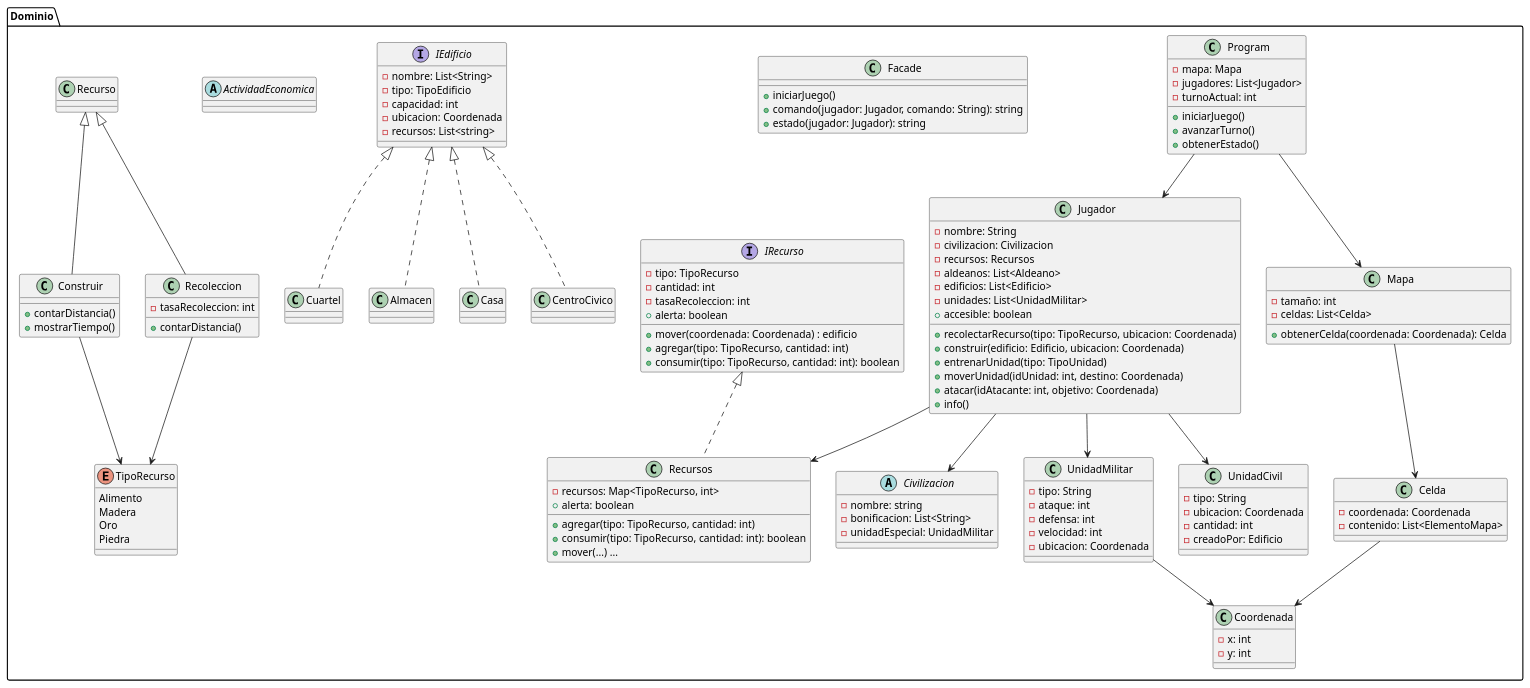
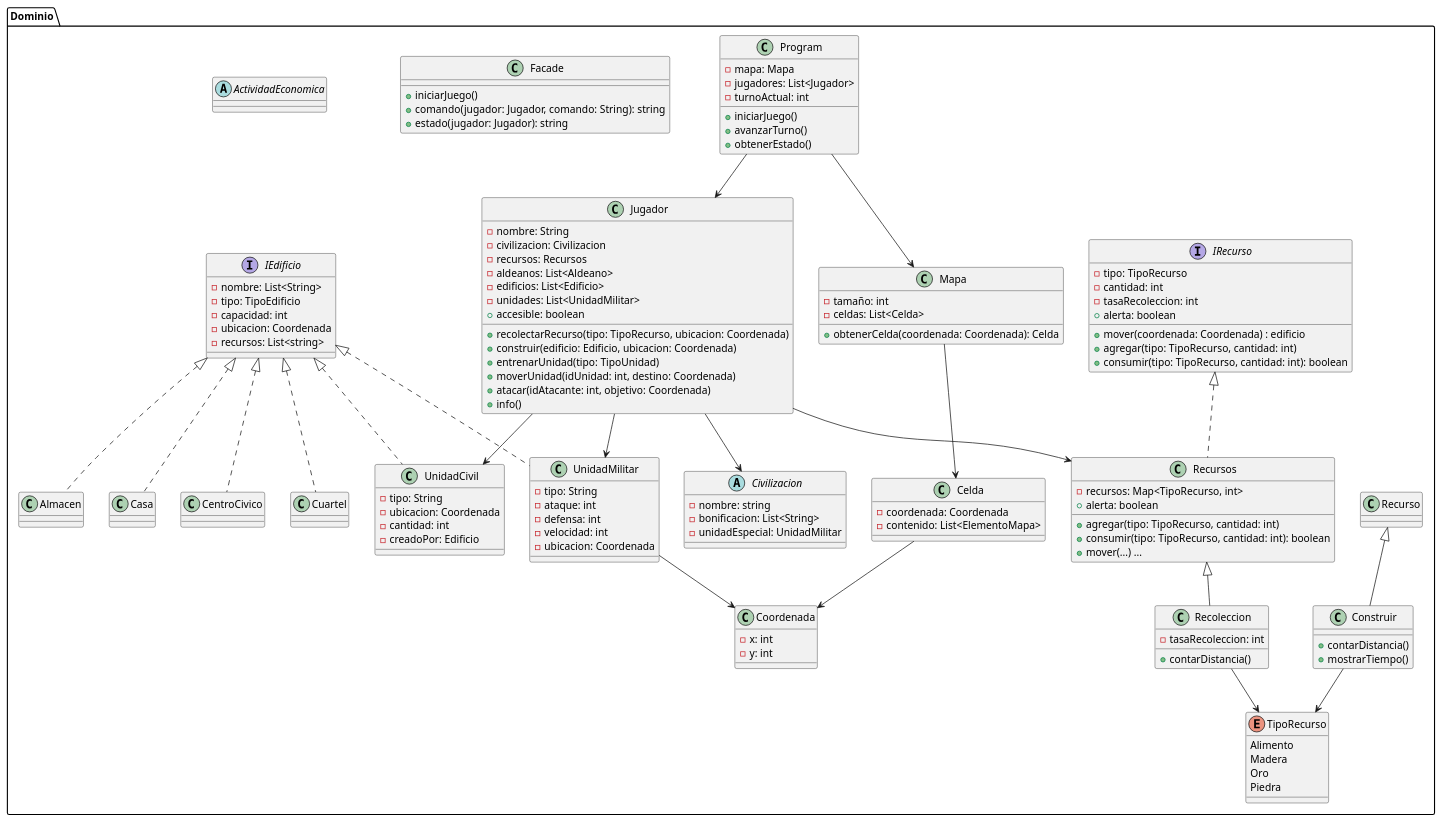
One commit to mcaetano7/proyectop22025 changed the diagram in src/scratch.puml. Above: the diagram before and after it, drawn with PlantUML.

Commit message:
mejoras uml

```diff
--- a/src/scratch.puml
+++ b/src/scratch.puml
@@ -1,153 +1,153 @@
 @startuml PIIProyecto2025
 
 ' Paquete principal
 package "Dominio" {
     
     class Program {
         - mapa: Mapa
         - jugadores: List<Jugador>
         - turnoActual: int
         + iniciarJuego()
         + avanzarTurno()
         + obtenerEstado()
     }
     
-    class Facade{
+    class Facade {
     + iniciarJuego()
     + comando(jugador: Jugador, comando: String): string
     + estado(jugador: Jugador): string
     }
 
     class Jugador{
         - nombre: String
         - civilizacion: Civilizacion
         - recursos: Recursos
         - aldeanos: List<Aldeano>
         - edificios: List<Edificio>
         - unidades: List<UnidadMilitar>
         + recolectarRecurso(tipo: TipoRecurso, ubicacion: Coordenada)
         + construir(edificio: Edificio, ubicacion: Coordenada)
         + entrenarUnidad(tipo: TipoUnidad)
         + moverUnidad(idUnidad: int, destino: Coordenada)
         + atacar(idAtacante: int, objetivo: Coordenada)
         + accesible: boolean
         + info()
     }
 
     class Mapa {
         - tamaño: int
         - celdas: List<Celda>
         + obtenerCelda(coordenada: Coordenada): Celda
     }
 
     class Celda{
         - coordenada: Coordenada
         - contenido: List<ElementoMapa>
     }
 
     class Coordenada {
         - x: int
         - y: int
     }
 
     interface IRecurso {
         - tipo: TipoRecurso
         - cantidad: int
         - tasaRecoleccion: int
         + mover(coordenada: Coordenada) : edificio
         + agregar(tipo: TipoRecurso, cantidad: int)
         + consumir(tipo: TipoRecurso, cantidad: int): boolean
         + alerta: boolean 
         
     }
 
     enum TipoRecurso {
         Alimento
         Madera
         Oro 
         Piedra
     }
     
     abstract class Civilizacion{
         - nombre: string
         - bonificacion: List<String>
         - unidadEspecial: UnidadMilitar
     
     }
     
     interface IEdificio {
         - nombre: List<String>
         - tipo: TipoEdificio
         - capacidad: int
         - ubicacion: Coordenada
         - recursos: List<string>
     }
     
-    class UnidadMilitar {
+    class UnidadMilitar implements IEdificio{
         - tipo: String
         - ataque: int
         - defensa: int
         - velocidad: int
         - ubicacion: Coordenada
     }
     
     class Cuartel implements IEdificio{
     
     }
     
     class Almacen implements IEdificio{
     
     }
     
     class Casa implements IEdificio{
     }
     
     class CentroCivico implements IEdificio{
     
     }
 
     
-    class UnidadCivil {
+    class UnidadCivil implements IEdificio {
         - tipo: String
         - ubicacion: Coordenada
         - cantidad: int
         - creadoPor: Edificio
     
     }
     
     class Recursos implements IRecurso {
         - recursos: Map<TipoRecurso, int>
         + agregar(tipo: TipoRecurso, cantidad: int)
         + consumir(tipo: TipoRecurso, cantidad: int): boolean
         + mover(...) ...
         + alerta: boolean
     }
     
     abstract ActividadEconomica{
       
     }
        
     class Construir extends Recurso{
     + contarDistancia()
     + mostrarTiempo()    
     }
     
-    class Recoleccion extends Recurso{
+    class Recoleccion extends Recursos{
     - tasaRecoleccion: int
     + contarDistancia()
     }
   
   Program --> Mapa
   Program --> Jugador
   Mapa --> Celda
   Jugador --> Civilizacion
   Jugador --> UnidadMilitar
   Jugador --> UnidadCivil
   Jugador --> Recursos
   Celda --> Coordenada
   UnidadMilitar --> Coordenada
   Construir --> TipoRecurso
   Recoleccion --> TipoRecurso 
 }
 
 @enduml
```
